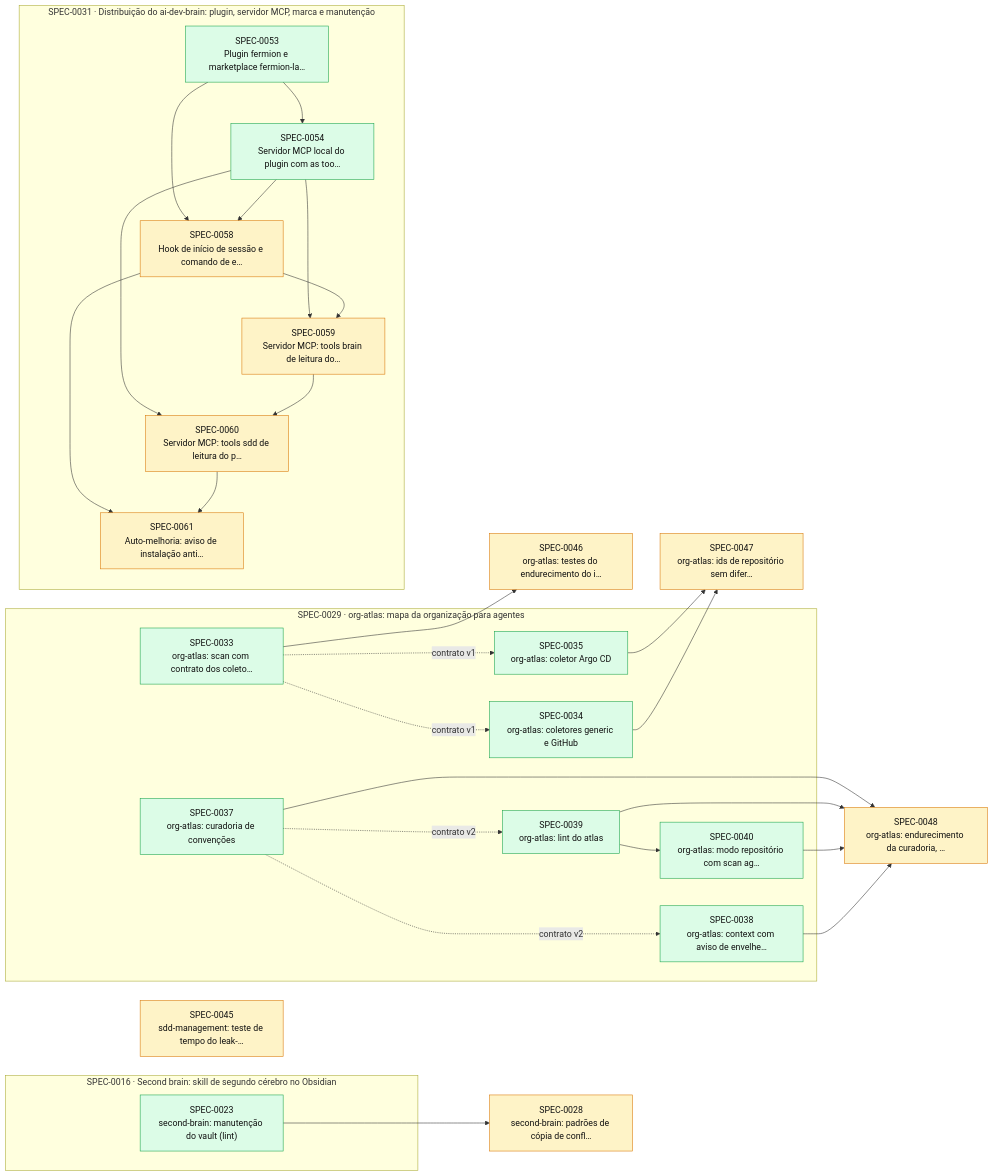
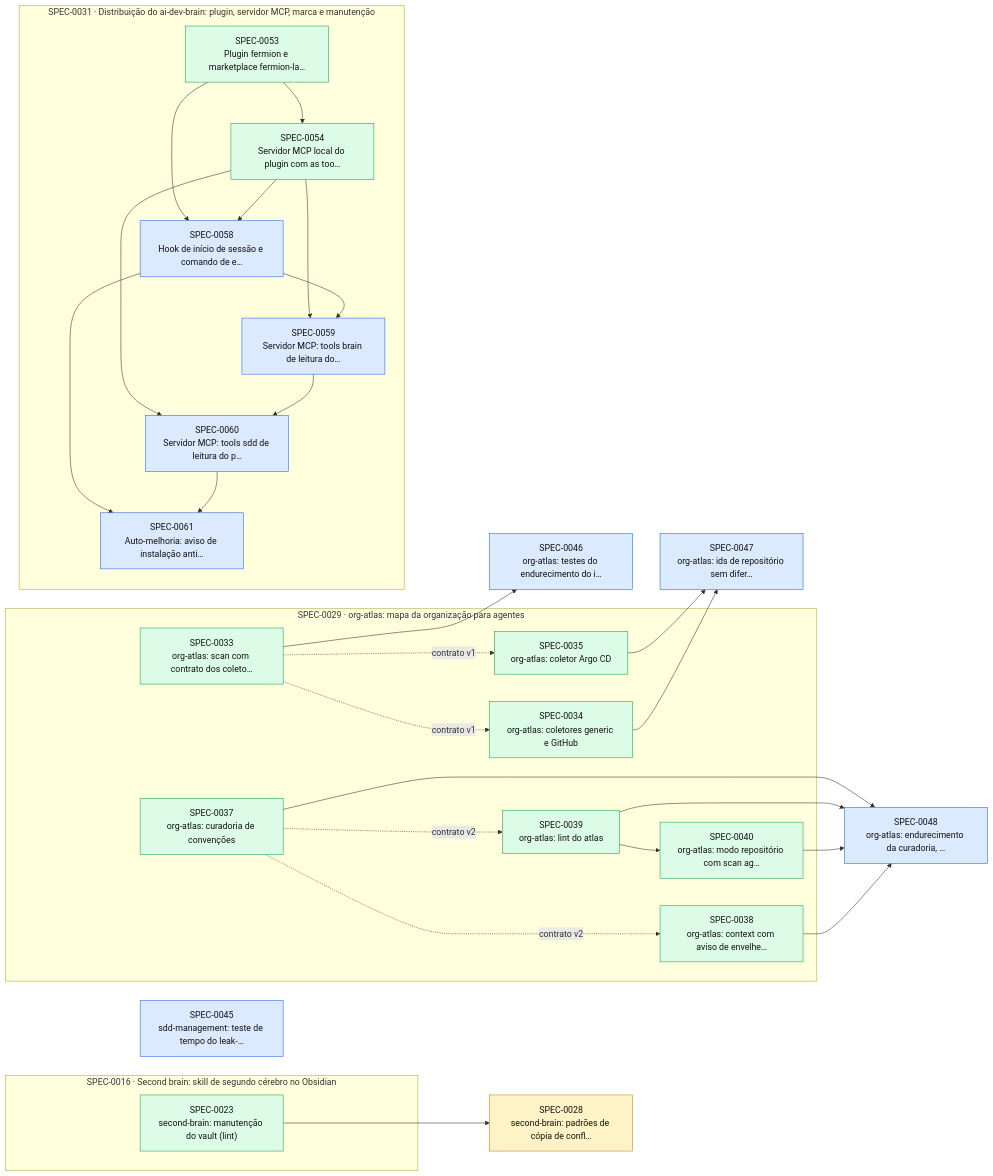
One commit to thomasravache/ai-dev-brain changed the diagram in docs/specs/INDEX.md. Above: the diagram before and after it, drawn with Mermaid. The commit also changed other lines of this file and 11 other files, not shown here.

````diff
--- a/docs/specs/INDEX.md
+++ b/docs/specs/INDEX.md
@@ -56,55 +56,55 @@
 ```mermaid
 flowchart LR
   S0028["SPEC-0028<br/>second-brain: padrões de cópia de confl…"]:::proposed
-  S0045["SPEC-0045<br/>sdd-management: teste de tempo do leak-…"]:::proposed
-  S0046["SPEC-0046<br/>org-atlas: testes do endurecimento do i…"]:::proposed
-  S0047["SPEC-0047<br/>org-atlas: ids de repositório sem difer…"]:::proposed
-  S0048["SPEC-0048<br/>org-atlas: endurecimento da curadoria, …"]:::proposed
+  S0045["SPEC-0045<br/>sdd-management: teste de tempo do leak-…"]:::approved
+  S0046["SPEC-0046<br/>org-atlas: testes do endurecimento do i…"]:::approved
+  S0047["SPEC-0047<br/>org-atlas: ids de repositório sem difer…"]:::approved
+  S0048["SPEC-0048<br/>org-atlas: endurecimento da curadoria, …"]:::approved
   subgraph E0016["SPEC-0016 · Second brain: skill de segundo cérebro no Obsidian"]
     S0023["SPEC-0023<br/>second-brain: manutenção do vault (lint)"]:::implemented
   end
   subgraph E0029["SPEC-0029 · org-atlas: mapa da organização para agentes"]
     S0033["SPEC-0033<br/>org-atlas: scan com contrato dos coleto…"]:::implemented
     S0034["SPEC-0034<br/>org-atlas: coletores generic e GitHub"]:::implemented
     S0035["SPEC-0035<br/>org-atlas: coletor Argo CD"]:::implemented
     S0037["SPEC-0037<br/>org-atlas: curadoria de convenções"]:::implemented
     S0038["SPEC-0038<br/>org-atlas: context com aviso de envelhe…"]:::implemented
     S0039["SPEC-0039<br/>org-atlas: lint do atlas"]:::implemented
     S0040["SPEC-0040<br/>org-atlas: modo repositório com scan ag…"]:::implemented
   end
   subgraph E0031["SPEC-0031 · Distribuição do ai-dev-brain: plugin, servidor MCP, marca e manutenção"]
     S0053["SPEC-0053<br/>Plugin fermion e marketplace fermion-la…"]:::implemented
     S0054["SPEC-0054<br/>Servidor MCP local do plugin com as too…"]:::implemented
-    S0058["SPEC-0058<br/>Hook de início de sessão e comando de e…"]:::proposed
-    S0059["SPEC-0059<br/>Servidor MCP: tools brain de leitura do…"]:::proposed
-    S0060["SPEC-0060<br/>Servidor MCP: tools sdd de leitura do p…"]:::proposed
-    S0061["SPEC-0061<br/>Auto-melhoria: aviso de instalação anti…"]:::proposed
+    S0058["SPEC-0058<br/>Hook de início de sessão e comando de e…"]:::approved
+    S0059["SPEC-0059<br/>Servidor MCP: tools brain de leitura do…"]:::approved
+    S0060["SPEC-0060<br/>Servidor MCP: tools sdd de leitura do p…"]:::approved
+    S0061["SPEC-0061<br/>Auto-melhoria: aviso de instalação anti…"]:::approved
   end
   S0023 --> S0028
   S0033 -. contrato v1 .-> S0034
   S0033 -. contrato v1 .-> S0035
   S0037 -. contrato v2 .-> S0038
   S0037 -. contrato v2 .-> S0039
   S0039 --> S0040
   S0033 --> S0046
   S0034 --> S0047
   S0035 --> S0047
   S0037 --> S0048
   S0038 --> S0048
   S0039 --> S0048
   S0040 --> S0048
   S0053 --> S0054
   S0053 --> S0058
   S0054 --> S0058
   S0054 --> S0059
   S0058 --> S0059
   S0054 --> S0060
   S0059 --> S0060
   S0058 --> S0061
   S0060 --> S0061
   classDef proposed fill:#fef3c7,stroke:#d97706,color:#111
   classDef approved fill:#dbeafe,stroke:#2563eb,color:#111
   classDef inprogress fill:#ede9fe,stroke:#7c3aed,color:#111
   classDef implemented fill:#dcfce7,stroke:#16a34a,color:#111
   classDef deprecated fill:#f3f4f6,stroke:#9ca3af,color:#6b7280
 ```
````
